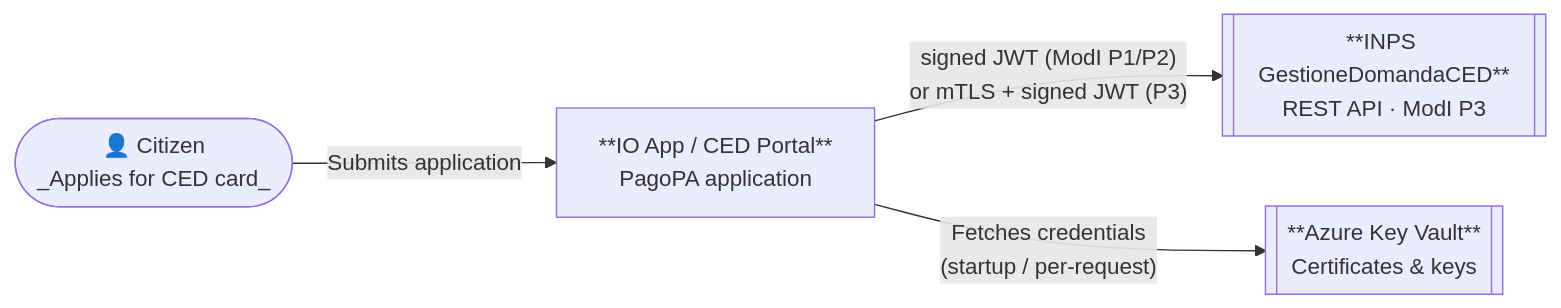
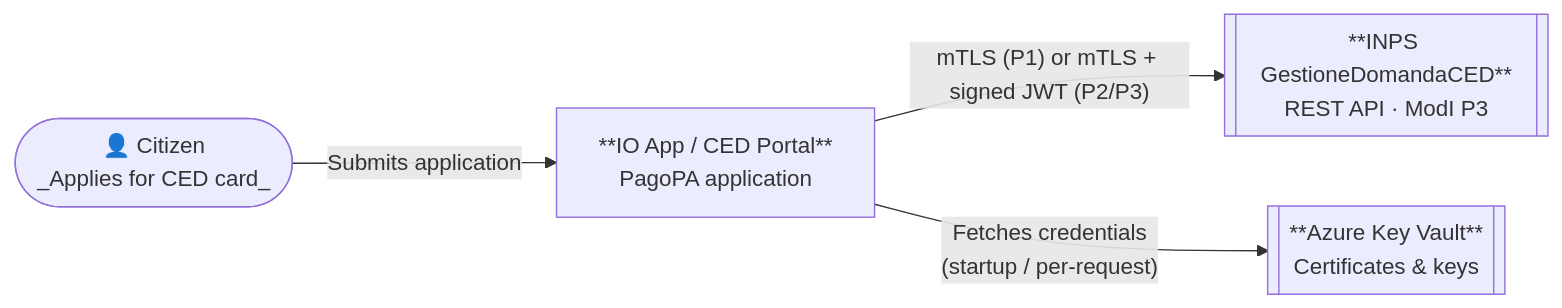
Before and after one commit to pagopa/io-growth: the first of 4 diagrams in docs/modi-inps/design-review.md, drawn with Mermaid. The commit also changed other lines of this file and 1 other file, not shown here.

````diff
--- a/docs/modi-inps/design-review.md
+++ b/docs/modi-inps/design-review.md
@@ -34,11 +34,11 @@
 ```mermaid
 flowchart LR
     citizen(["👤 Citizen\n_Applies for CED card_"])
     ioApp["**IO App / CED Portal**\nPagoPA application"]
     inps[["**INPS GestioneDomandaCED**\nREST API · ModI P3"]]
     kv[["**Azure Key Vault**\nCertificates & keys"]]
 
     citizen -->|"Submits application"| ioApp
-    ioApp -->|"signed JWT (ModI P1/P2)\nor mTLS + signed JWT (P3)"| inps
+    ioApp -->|"mTLS (P1) or mTLS + signed JWT (P2/P3)"| inps
     ioApp -->|"Fetches credentials\n(startup / per-request)"| kv
 ```
````
